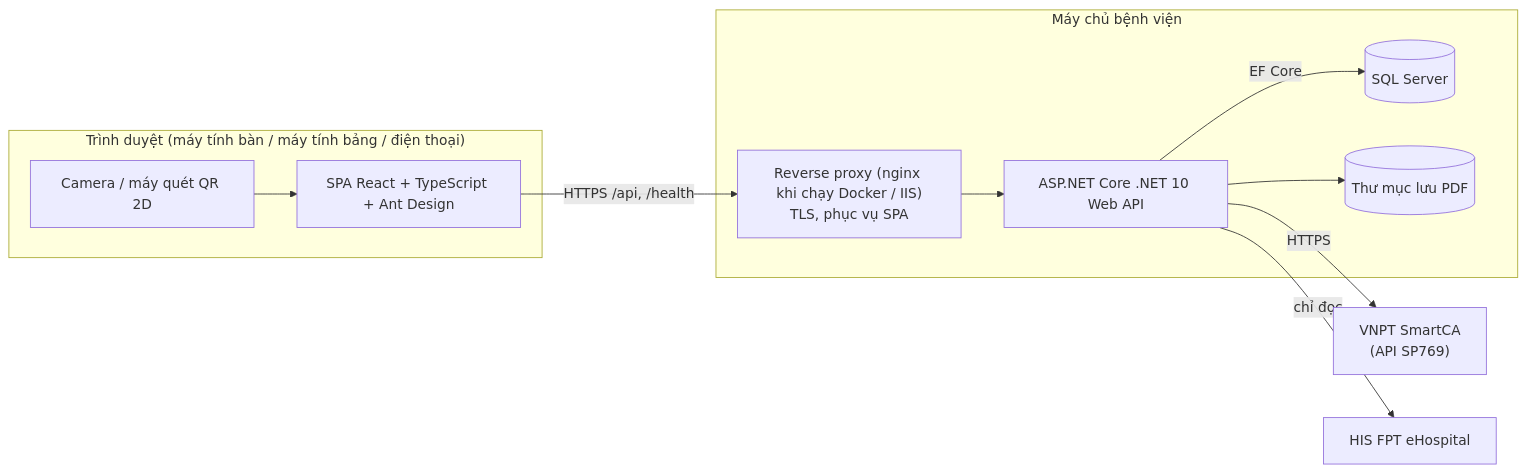
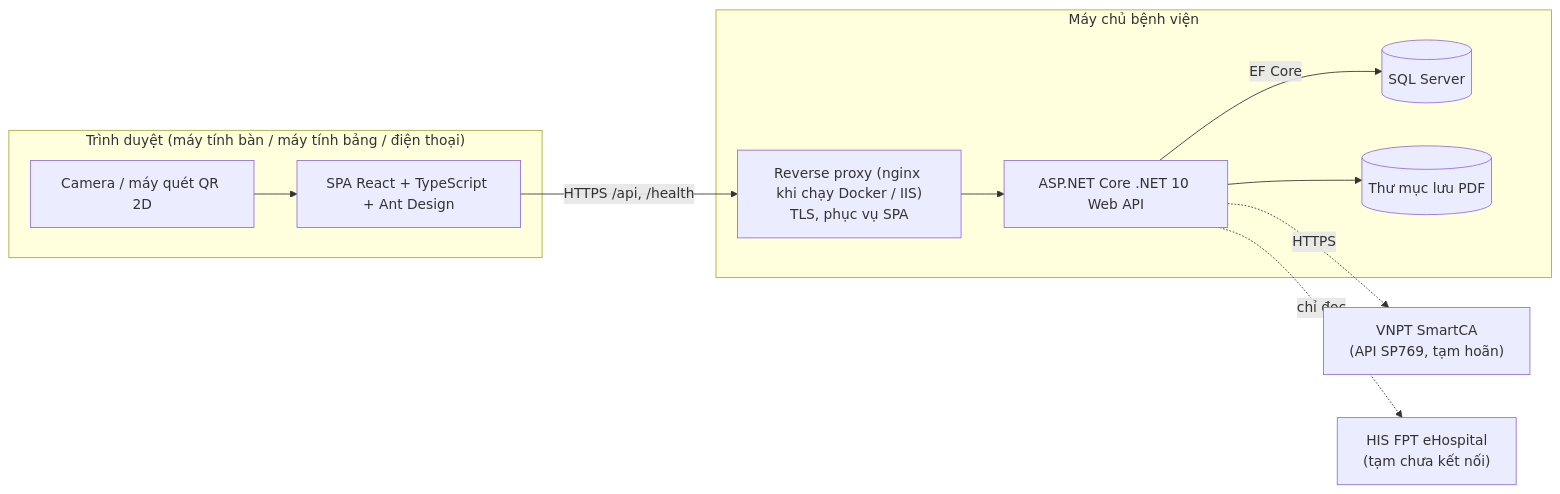
One commit to phuchaubth/bth-bekp changed the first of 7 diagrams in docs/kien-truc.md. Above: the diagram before and after it, drawn with Mermaid. The commit also changed other lines of this file and 31 other files, not shown here.

First line of the commit message:
feat: keep HIS and SmartCA disconnected for now (HIS off by default)

````diff
--- a/docs/kien-truc.md
+++ b/docs/kien-truc.md
@@ -10,22 +10,22 @@
 ```mermaid
 flowchart LR
     subgraph Client["Trình duyệt (máy tính bàn / máy tính bảng / điện thoại)"]
         SPA["SPA React + TypeScript + Ant Design"]
         CAM["Camera / máy quét QR 2D"]
     end
     subgraph Server["Máy chủ bệnh viện"]
         RP["Reverse proxy (nginx khi chạy Docker / IIS)<br/>TLS, phục vụ SPA"]
         API["ASP.NET Core .NET 10 Web API"]
         DB[("SQL Server")]
         FS[("Thư mục lưu PDF")]
     end
-    SMARTCA["VNPT SmartCA<br/>(API SP769)"]
-    HIS["HIS FPT eHospital"]
+    SMARTCA["VNPT SmartCA<br/>(API SP769, tạm hoãn)"]
+    HIS["HIS FPT eHospital<br/>(tạm chưa kết nối)"]
 
     CAM --> SPA
     SPA -- "HTTPS /api, /health" --> RP --> API
     API -- EF Core --> DB
     API --> FS
-    API -- HTTPS --> SMARTCA
-    API -- "chỉ đọc" --> HIS
+    API -. HTTPS .-> SMARTCA
+    API -. "chỉ đọc" .-> HIS
 ```
````
